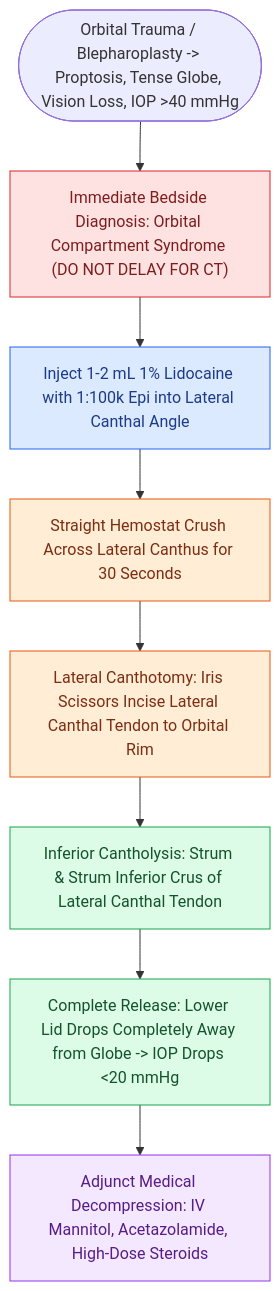
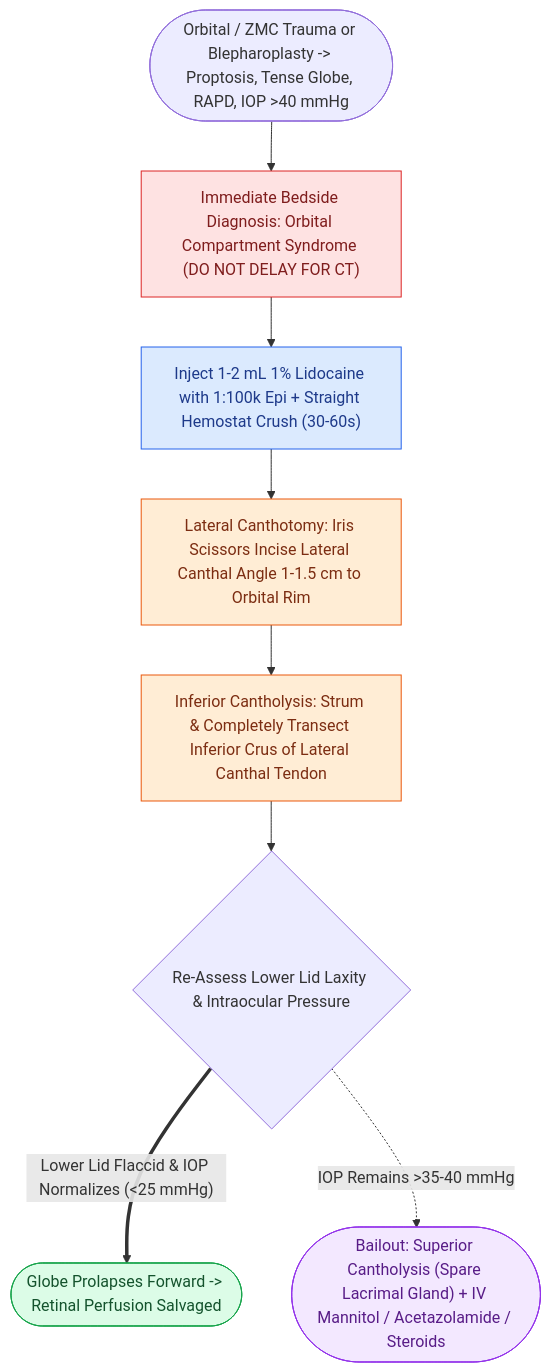
Before and after one commit to skflx/ohns-wiki-skflx: the diagram in content/FPRS/Acute retrobulbar hematoma in facial trauma requires immediate bedside lateral canthotomy.md, drawn with Mermaid. The commit also changed other lines of this file and 321 other files, not shown here.

````diff
--- a/content/FPRS/Acute retrobulbar hematoma in facial trauma requires immediate bedside lateral canthotomy.md
+++ b/content/FPRS/Acute retrobulbar hematoma in facial trauma requires immediate bedside lateral canthotomy.md
@@ -32,21 +42,21 @@
 ```mermaid
 %% Retrobulbar Hematoma Emergency Lateral Canthotomy Protocol
 flowchart TD
-  N1(["Orbital Trauma / Blepharoplasty -> Proptosis, Tense Globe, Vision Loss, IOP >40 mmHg"]) --> N2["Immediate Bedside Diagnosis: Orbital Compartment Syndrome (DO NOT DELAY FOR CT)"]
-  N2 --> N3["Inject 1-2 mL 1% Lidocaine with 1:100k Epi into Lateral Canthal Angle"]
-  N3 --> N4["Straight Hemostat Crush Across Lateral Canthus for 30 Seconds"]
-  N4 --> N5["Lateral Canthotomy: Iris Scissors Incise Lateral Canthal Tendon to Orbital Rim"]
-  N5 --> N6["Inferior Cantholysis: Strum & Strum Inferior Crus of Lateral Canthal Tendon"]
-  N6 --> N7["Complete Release: Lower Lid Drops Completely Away from Globe -> IOP Drops <20 mmHg"]
-  N7 --> N8["Adjunct Medical Decompression: IV Mannitol, Acetazolamide, High-Dose Steroids"]
+  N1(["Orbital / ZMC Trauma or Blepharoplasty -> Proptosis, Tense Globe, RAPD, IOP >40 mmHg"]) --> N2["Immediate Bedside Diagnosis: Orbital Compartment Syndrome (DO NOT DELAY FOR CT)"]
+  N2 --> N3["Inject 1-2 mL 1% Lidocaine with 1:100k Epi + Straight Hemostat Crush (30-60s)"]
+  N3 --> N4["Lateral Canthotomy: Iris Scissors Incise Lateral Canthal Angle 1-1.5 cm to Orbital Rim"]
+  N4 --> N5["Inferior Cantholysis: Strum & Completely Transect Inferior Crus of Lateral Canthal Tendon"]
+  N5 --> N6{"Re-Assess Lower Lid Laxity & Intraocular Pressure"}
+  N6 ==>|"Lower Lid Flaccid & IOP Normalizes (<25 mmHg)"| N7(["Globe Prolapses Forward -> Retinal Perfusion Salvaged"])
+  N6 -.->|"IOP Remains >35-40 mmHg"| N8(["Bailout: Superior Cantholysis (Spare Lacrimal Gland) + IV Mannitol / Acetazolamide / Steroids"])
   classDef blue fill:#dbeafe,stroke:#2563eb,color:#1e3a8a
   class N3 blue
   classDef green fill:#dcfce7,stroke:#16a34a,color:#14532d
-  class N6,N7 green
+  class N7 green
   classDef orange fill:#ffedd5,stroke:#ea580c,color:#7c2d12
   class N4,N5 orange
   classDef purple fill:#f3e8ff,stroke:#9333ea,color:#581c87
   class N8 purple
   classDef red fill:#fee2e2,stroke:#dc2626,color:#7f1d1d
   class N2 red
 ```
````
